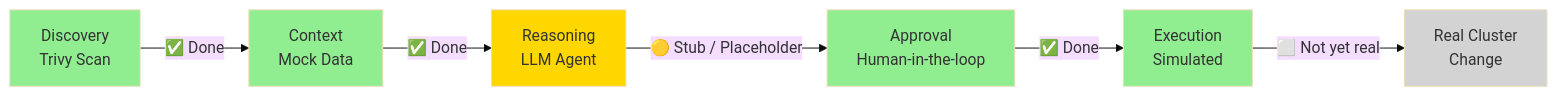
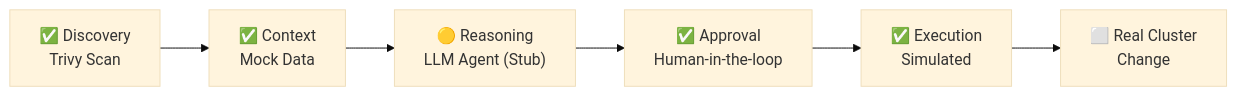
The diagram in docs/mvp_status.md (js030/vuln-remediation-platform), drawn with Mermaid (base theme) before and after one commit.

Commit message:
Fix diagram readability

````diff
--- a/docs/mvp_status.md
+++ b/docs/mvp_status.md
@@ -3,15 +3,8 @@
 ```mermaid
 flowchart LR
-    A[Discovery<br/>Trivy Scan] -->|✅ Done| B[Context<br/>Mock Data]
-    B -->|✅ Done| C[Reasoning<br/>LLM Agent]
-    C -->|🟡 Stub / Placeholder| D[Approval<br/>Human-in-the-loop]
-    D -->|✅ Done| E[Execution<br/>Simulated]
-    E -->|⬜ Not yet real| F[Real Cluster<br/>Change]
-
-    style A fill:#90EE90
-    style B fill:#90EE90
-    style C fill:#FFD700
-    style D fill:#90EE90
-    style E fill:#90EE90
-    style F fill:#D3D3D3
+    A["✅ Discovery<br/>Trivy Scan"] --> B["✅ Context<br/>Mock Data"]
+    B --> C["🟡 Reasoning<br/>LLM Agent (Stub)"]
+    C --> D["✅ Approval<br/>Human-in-the-loop"]
+    D --> E["✅ Execution<br/>Simulated"]
+    E --> F["⬜ Real Cluster<br/>Change"]
 ```
````
